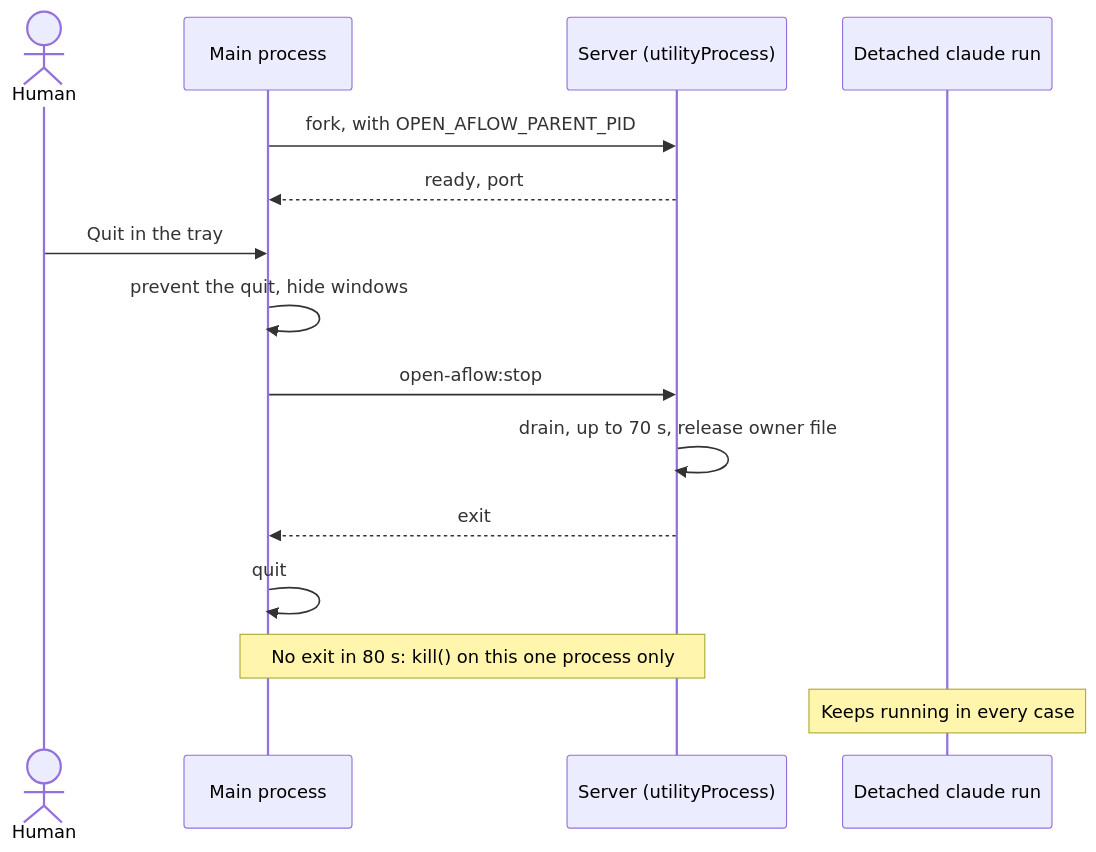
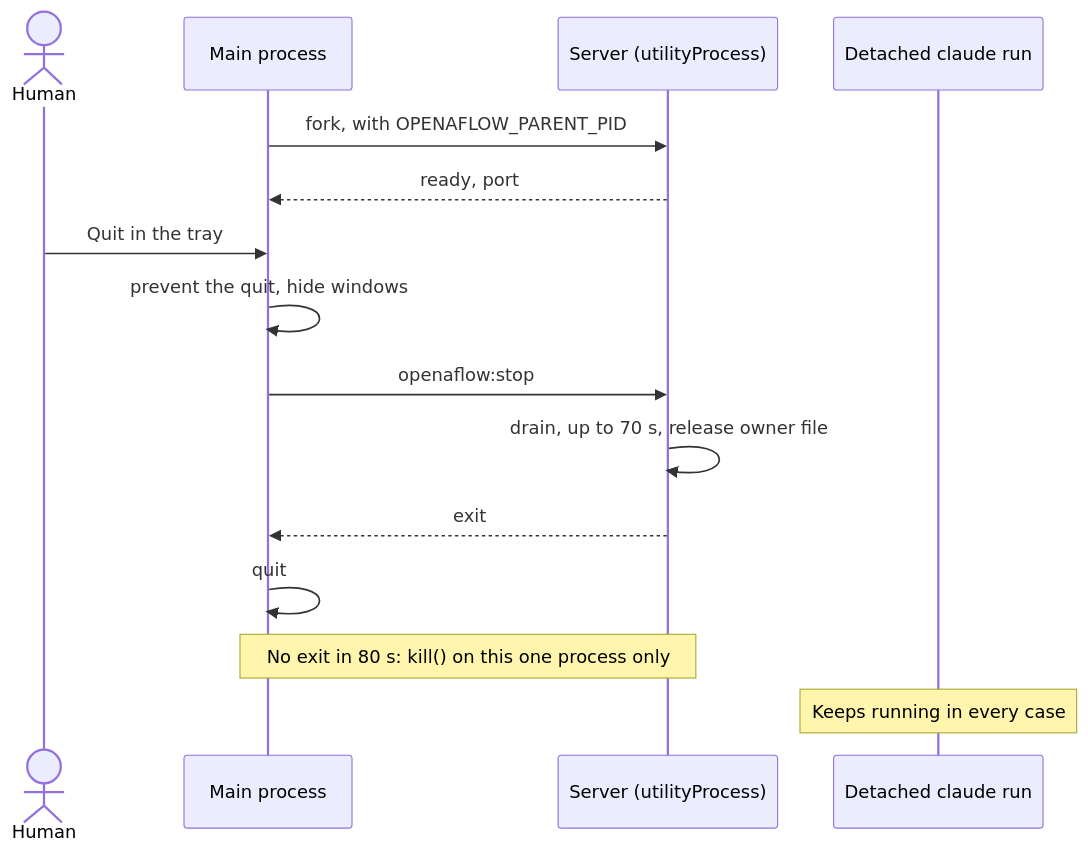
Before and after one commit to alvionlabs/open-aflow: the diagram in pod-docs/feature-details/desktop.md, drawn with Mermaid. The commit also changed other lines of this file and 228 other files, not shown here.

First line of the commit message:
feat!: rename the app to OpenAFlow

````diff
--- a/pod-docs/feature-details/desktop.md
+++ b/pod-docs/feature-details/desktop.md
@@ -19,17 +19,17 @@
 ```mermaid
 sequenceDiagram
   actor Human
   participant Main as Main process
   participant Server as Server (utilityProcess)
   participant Run as Detached claude run
-  Main->>Server: fork, with OPEN_AFLOW_PARENT_PID
+  Main->>Server: fork, with OPENAFLOW_PARENT_PID
   Server-->>Main: ready, port
   Human->>Main: Quit in the tray
   Main->>Main: prevent the quit, hide windows
-  Main->>Server: open-aflow:stop
+  Main->>Server: openaflow:stop
   Server->>Server: drain, up to 70 s, release owner file
   Server-->>Main: exit
   Main->>Main: quit
   Note over Main,Server: No exit in 80 s: kill() on this one process only
   Note over Run: Keeps running in every case
 ```
````
